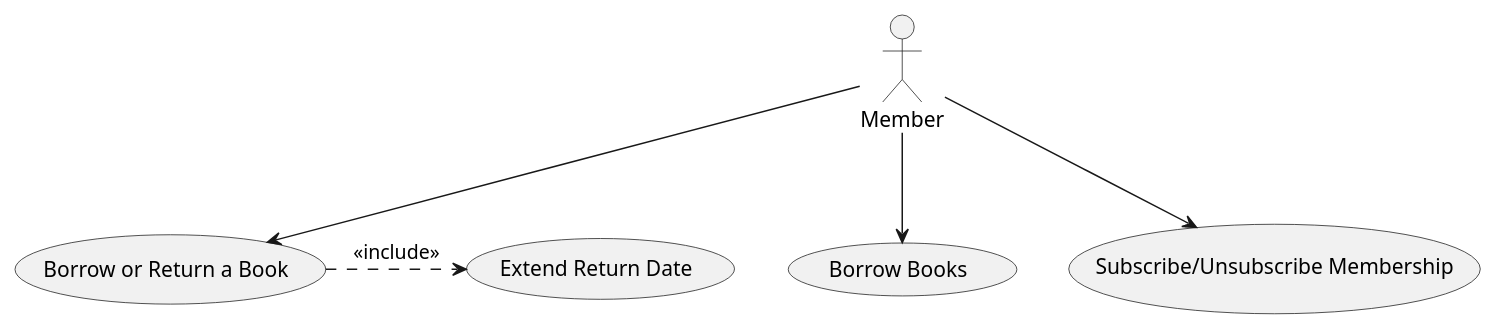
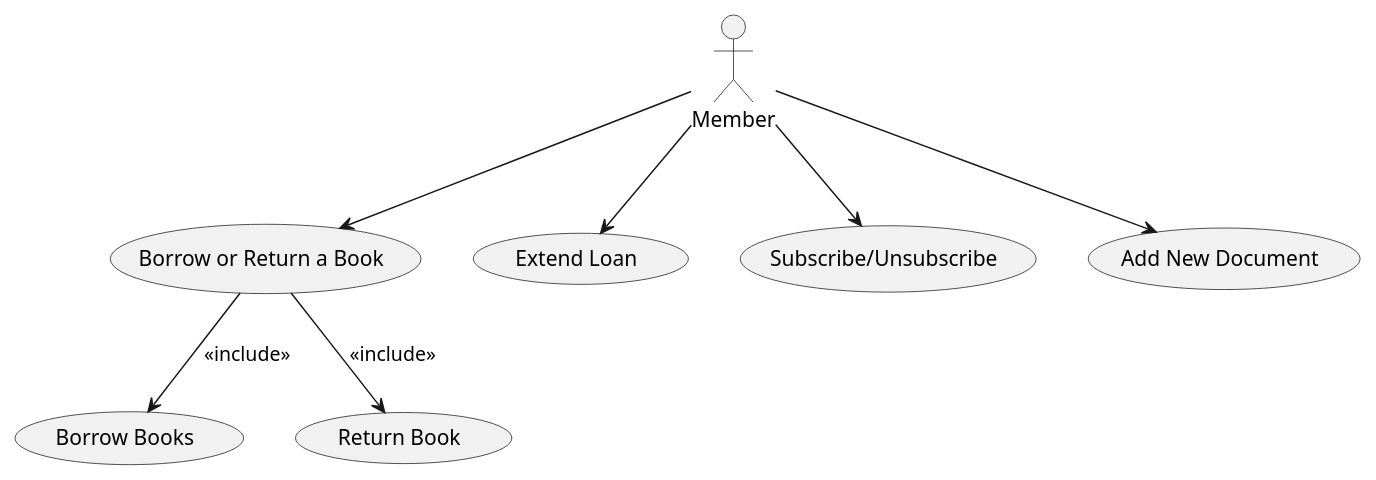
One commit to RayWP/pfsa-id changed the diagram in survey-ud/gen-r-ent-o3-mini/R13_municipal-library_class_diagram.puml. Above: the diagram before and after it, drawn with PlantUML. The commit also changed 7 other files, not shown here.

```diff
--- a/survey-ud/gen-r-ent-o3-mini/R13_municipal-library_class_diagram.puml
+++ b/survey-ud/gen-r-ent-o3-mini/R13_municipal-library_class_diagram.puml
@@ -1,22 +1,24 @@
 @startuml
-actor "Member" as Member
+actor Member
 
-' Main use cases related to book lending
+' Main use case covering borrowing and returning operations
 usecase "Borrow or Return a Book" as BorrowReturn
-usecase "Borrow Books" as BorrowBooks
 
-' Additional use case for extending the loan period
-usecase "Extend Return Date" as ExtendDate
+' Decomposed use cases for more granular operations
+usecase "Borrow Books" as Borrow
+usecase "Return Book" as Return
+usecase "Extend Loan" as Extend
+usecase "Subscribe/Unsubscribe" as Subscription
+usecase "Add New Document" as AddDoc
 
-' Additional use case for membership management
-usecase "Subscribe/Unsubscribe Membership" as Subscription
+' Relationships from actor to use cases
+Member --> BorrowReturn
+Member --> Extend
+Member --> Subscription
+Member --> AddDoc
 
-' Relationships between the actor and the use cases
-Member --> BorrowReturn
-Member --> BorrowBooks
-Member --> Subscription
-
-' The extension of functionality for a book loan
-BorrowReturn .> ExtendDate : <<include>>
+' The composite use case includes borrowing and returning details
+BorrowReturn --> Borrow : <<include>>
+BorrowReturn --> Return : <<include>>
 
 @enduml
```
